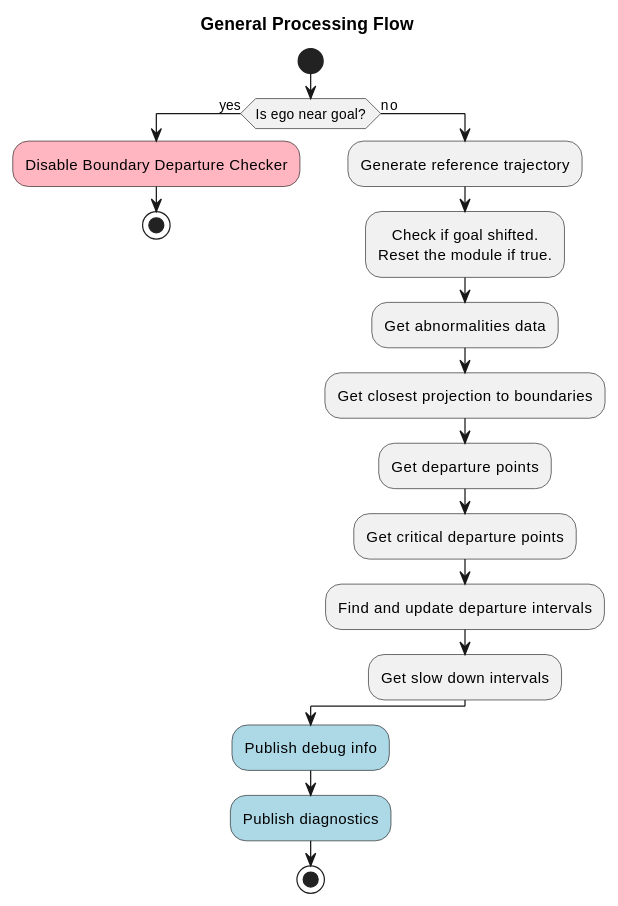
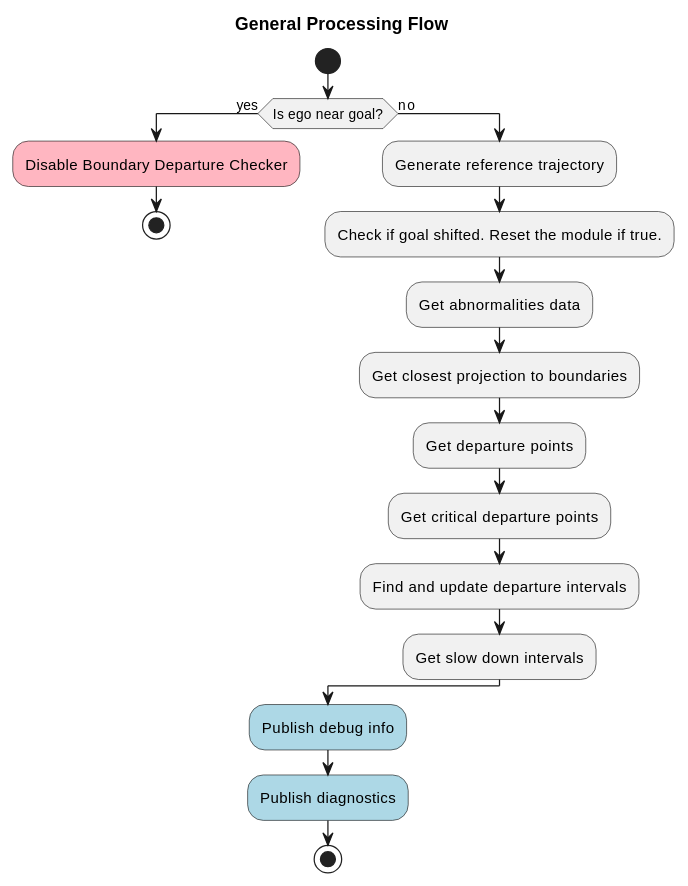
Before and after one commit to zulfaqar-azmi-t4/autoware.universe: the first of 2 diagrams in planning/motion_velocity_planner/autoware_motion_velocity_boundary_departure_prevention_module/README.md, drawn with PlantUML. The commit also changed other lines of this file and 4 other files, not shown here.

````diff
--- a/planning/motion_velocity_planner/autoware_motion_velocity_boundary_departure_prevention_module/README.md
+++ b/planning/motion_velocity_planner/autoware_motion_velocity_boundary_departure_prevention_module/README.md
@@ -88,25 +116,25 @@
 ```plantuml
 @startuml
 skinparam defaultTextAlignment center
 skinparam backgroundColor #WHITE
 
 title General Processing Flow
 start
 if (Is ego near goal?) then (yes)
   #LightPink:Disable Boundary Departure Checker;
   stop
 else (no)
   :Generate reference trajectory;
-  :Check if goal shifted.\nReset the module if true.;
+  :Check if goal shifted. Reset the module if true.;
   :Get abnormalities data;
   :Get closest projection to boundaries;
   :Get departure points;
   :Get critical departure points;
   :Find and update departure intervals;
   :Get slow down intervals;
 endif
 #LightBlue:Publish debug info;
 #LightBlue:Publish diagnostics;
 stop
 @enduml
 ```
````
